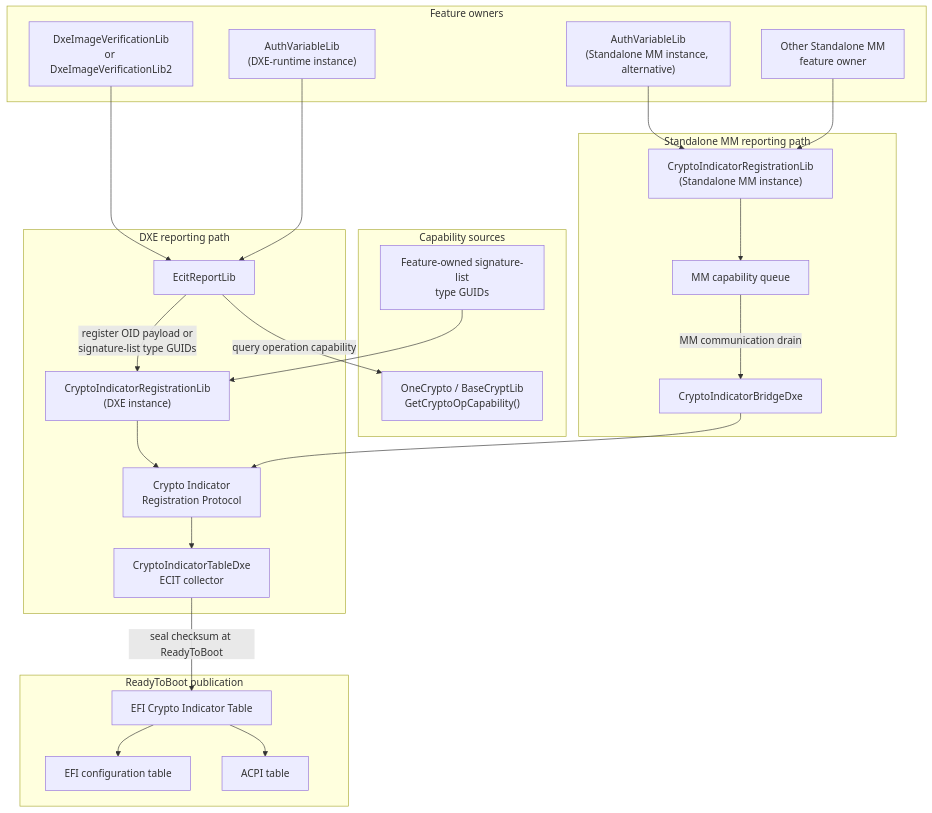
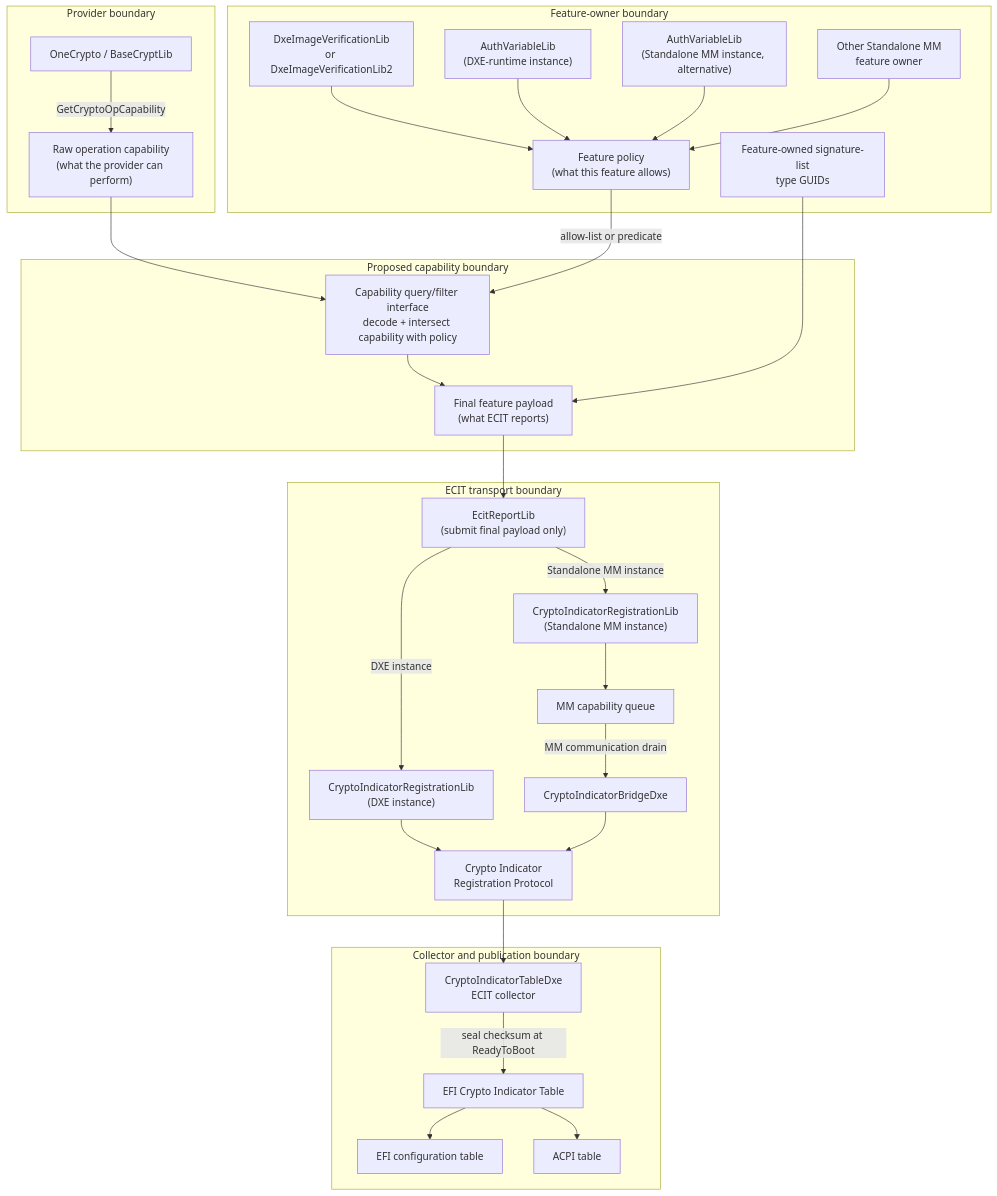
The diagram in SecurityPkg/CryptoIndicatorTable/README.md (microsoft/mu_basecore), drawn with Mermaid before and after one commit. The commit also changed other lines of this file, not shown here.

First line of the commit message:
SecurityPkg: Document proposed ECIT reporting boundaries

````diff
--- a/SecurityPkg/CryptoIndicatorTable/README.md
+++ b/SecurityPkg/CryptoIndicatorTable/README.md
@@ -7,51 +7,61 @@
 ```mermaid
 flowchart TB
-  subgraph FeatureOwners["Feature owners"]
+  subgraph ProviderBoundary["Provider boundary"]
+    OneCrypto["OneCrypto / BaseCryptLib"]
+    RawCapability["Raw operation capability<br/>(what the provider can perform)"]
+  end
+
+  subgraph FeatureBoundary["Feature-owner boundary"]
     ImageVerification["DxeImageVerificationLib<br/>or DxeImageVerificationLib2"]
     AuthVariablesDxe["AuthVariableLib<br/>(DXE-runtime instance)"]
     AuthVariablesMm["AuthVariableLib<br/>(Standalone MM instance, alternative)"]
     OtherMmFeature["Other Standalone MM<br/>feature owner"]
-  end
-
-  subgraph CapabilitySources["Capability sources"]
-    OneCrypto["OneCrypto / BaseCryptLib<br/>GetCryptoOpCapability()"]
+    FeaturePolicy["Feature policy<br/>(what this feature allows)"]
     SignatureTypes["Feature-owned signature-list<br/>type GUIDs"]
   end
 
-  subgraph DxeReporting["DXE reporting path"]
-    EcitReport["EcitReportLib"]
+  subgraph CapabilityBoundary["Proposed capability boundary"]
+    CapabilityFilter["Capability query/filter interface<br/>decode + intersect capability with policy"]
+    FinalPayload["Final feature payload<br/>(what ECIT reports)"]
+  end
+
+  subgraph TransportBoundary["ECIT transport boundary"]
+    EcitReport["EcitReportLib<br/>(submit final payload only)"]
     DxeRegistration["CryptoIndicatorRegistrationLib<br/>(DXE instance)"]
     RegistrationProtocol["Crypto Indicator<br/>Registration Protocol"]
-    Collector["CryptoIndicatorTableDxe<br/>ECIT collector"]
-  end
-
-  subgraph MmReporting["Standalone MM reporting path"]
     MmRegistration["CryptoIndicatorRegistrationLib<br/>(Standalone MM instance)"]
     MmQueue["MM capability queue"]
     MmBridge["CryptoIndicatorBridgeDxe"]
   end
 
-  subgraph PublishedTable["ReadyToBoot publication"]
+  subgraph CollectorBoundary["Collector and publication boundary"]
+    Collector["CryptoIndicatorTableDxe<br/>ECIT collector"]
     Ecit["EFI Crypto Indicator Table"]
     ConfigTable["EFI configuration table"]
     AcpiTable["ACPI table"]
   end
 
-  ImageVerification --> EcitReport
-  AuthVariablesDxe --> EcitReport
-  EcitReport -->|query operation capability| OneCrypto
-  EcitReport -->|register OID payload or<br/>signature-list type GUIDs| DxeRegistration
-  SignatureTypes --> DxeRegistration
+  OneCrypto -->|GetCryptoOpCapability| RawCapability
+  RawCapability --> CapabilityFilter
+  ImageVerification --> FeaturePolicy
+  AuthVariablesDxe --> FeaturePolicy
+  AuthVariablesMm --> FeaturePolicy
+  OtherMmFeature --> FeaturePolicy
+  FeaturePolicy -->|allow-list or predicate| CapabilityFilter
+  CapabilityFilter --> FinalPayload
+  SignatureTypes --> FinalPayload
+  FinalPayload --> EcitReport
+
+  EcitReport -->|DXE instance| DxeRegistration
   DxeRegistration --> RegistrationProtocol
   RegistrationProtocol --> Collector
 
-  AuthVariablesMm --> MmRegistration
-  OtherMmFeature --> MmRegistration
+  EcitReport -->|Standalone MM instance| MmRegistration
   MmRegistration --> MmQueue
   MmQueue -->|MM communication drain| MmBridge
   MmBridge --> RegistrationProtocol
 
   Collector -->|seal checksum at ReadyToBoot| Ecit
   Ecit --> ConfigTable
   Ecit --> AcpiTable
 ```
````
